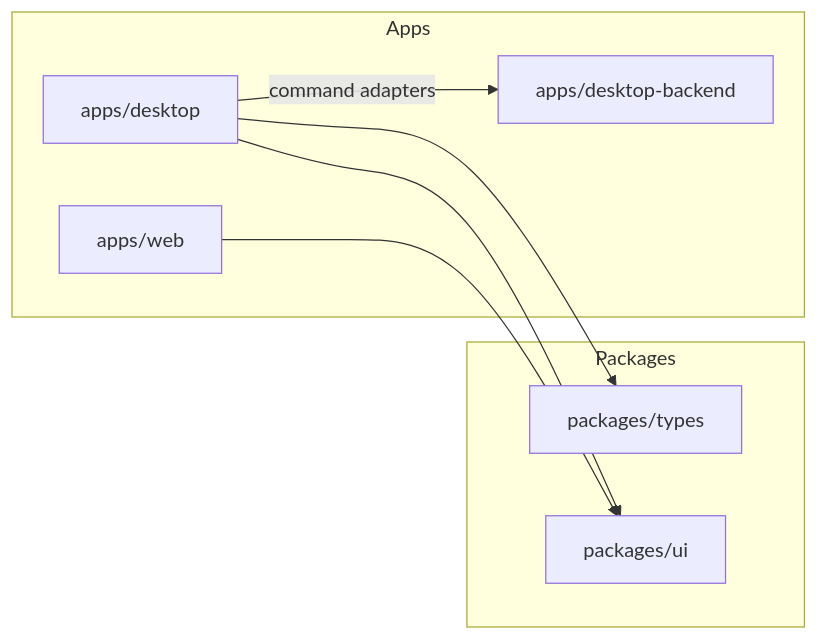
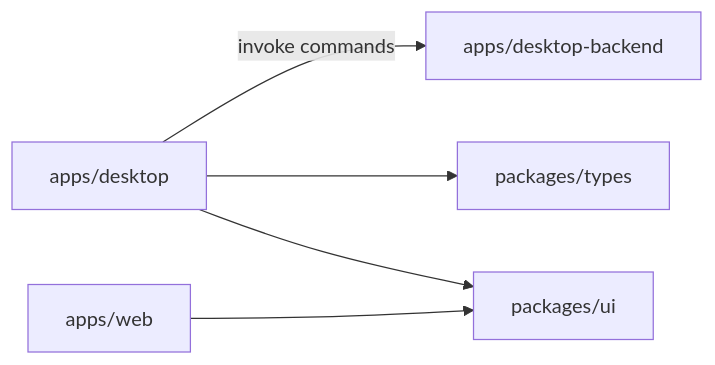
One commit to fletchertyler914/casespace changed the diagram in docs/architecture.md. Above: the diagram before and after it, drawn with Mermaid. The commit also changed other lines of this file and 122 other files, not shown here.

````diff
--- a/docs/architecture.md
+++ b/docs/architecture.md
@@ -15,18 +15,7 @@
 ```mermaid
 flowchart LR
-  subgraph apps [Apps]
-    desktopBackend[apps/desktop-backend]
-    desktop[apps/desktop]
-    web[apps/web]
-  end
-
-  subgraph packages [Packages]
-    typesPkg[packages/types]
-    uiPkg[packages/ui]
-  end
-
-  desktop --> typesPkg
-  desktop --> uiPkg
-  desktop -->|command adapters| desktopBackend
-  web --> uiPkg
+  desktop[apps/desktop] -->|invoke commands| desktopBackend[apps/desktop-backend]
+  desktop --> types[packages/types]
+  desktop --> ui[packages/ui]
+  web[apps/web] --> ui
 ```
````
